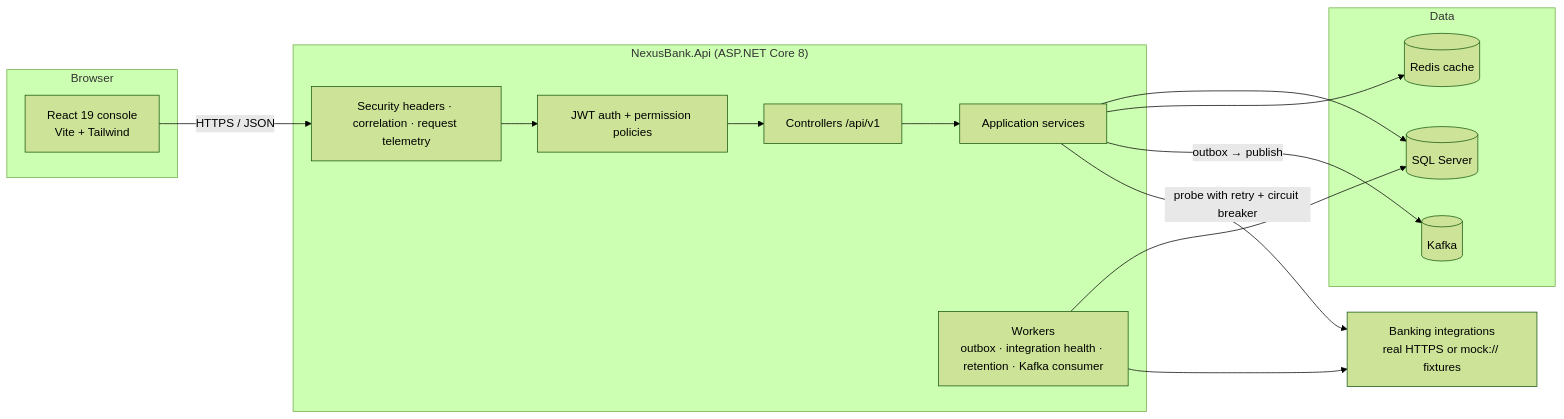
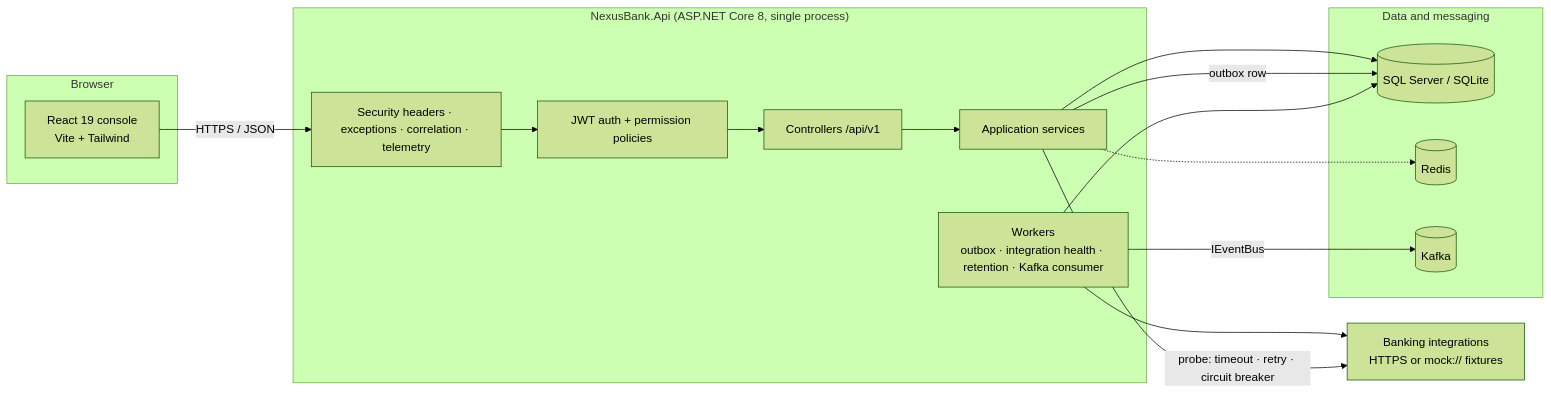
Before and after one commit to Rutuja-Shukla/NexusBank-Enterprise-Intelligence-Platform: the first of 3 diagrams in README.md, drawn with Mermaid (forest theme). The commit also changed other lines of this file and 20 other files, not shown here.

````diff
--- a/README.md
+++ b/README.md
@@ -46,30 +75,31 @@
 ```mermaid
 flowchart LR
     subgraph Browser
         UI[React 19 console<br/>Vite + Tailwind]
     end
 
-    subgraph API["NexusBank.Api (ASP.NET Core 8)"]
-        MW[Security headers · correlation · request telemetry]
+    subgraph API["NexusBank.Api (ASP.NET Core 8, single process)"]
+        MW[Security headers · exceptions · correlation · telemetry]
         AUTH[JWT auth + permission policies]
         CTRL[Controllers /api/v1]
         SVC[Application services]
         WORK[Workers<br/>outbox · integration health · retention · Kafka consumer]
     end
 
-    subgraph Data
-        SQL[(SQL Server)]
-        REDIS[(Redis cache)]
+    subgraph Data["Data and messaging"]
+        SQL[(SQL Server / SQLite)]
+        REDIS[(Redis)]
         KAFKA[(Kafka)]
     end
 
-    EXT[Banking integrations<br/>real HTTPS or mock:// fixtures]
+    EXT[Banking integrations<br/>HTTPS or mock:// fixtures]
 
     UI -->|HTTPS / JSON| MW --> AUTH --> CTRL --> SVC
     SVC --> SQL
-    SVC --> REDIS
-    SVC -->|outbox → publish| KAFKA
+    SVC -.-> REDIS
+    SVC -->|outbox row| SQL
+    WORK -->|IEventBus| KAFKA
     WORK --> SQL
     WORK --> EXT
-    SVC -->|probe with retry + circuit breaker| EXT
+    SVC -->|probe: timeout · retry · circuit breaker| EXT
 ```
````
